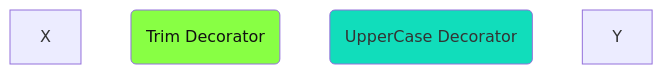
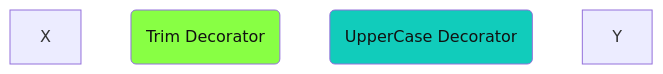
Before and after one commit to SreenathKarthick11/Text_Transformation_Pipeline: the first of 2 diagrams in README.md, drawn with Mermaid. The commit also changed other lines of this file, not shown here.

````diff
--- a/README.md
+++ b/README.md
@@ -47,10 +47,10 @@
 ```mermaid
 flowchart LR
     X --> A("Trim Decorator") 
     A --> B("UpperCase Decorator")
     B --> Y
 
     style A fill:#8f4,color:#111
-    style B fill:#1db,clor:#111
+    style B fill:#1cb,color:#111
     linkStyle default stroke:#ffffff
 ```
````
